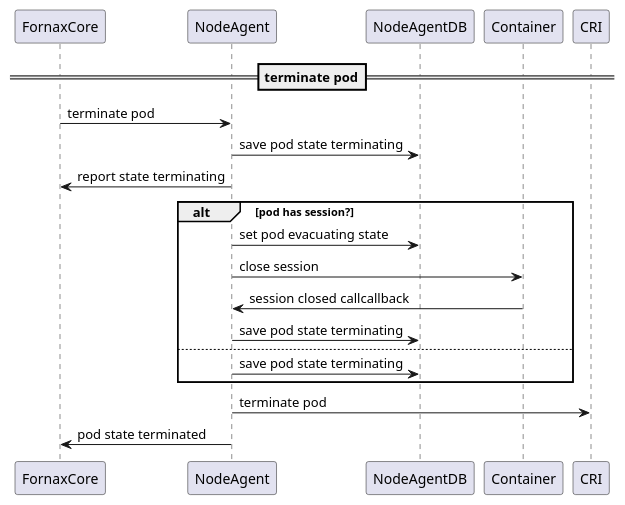
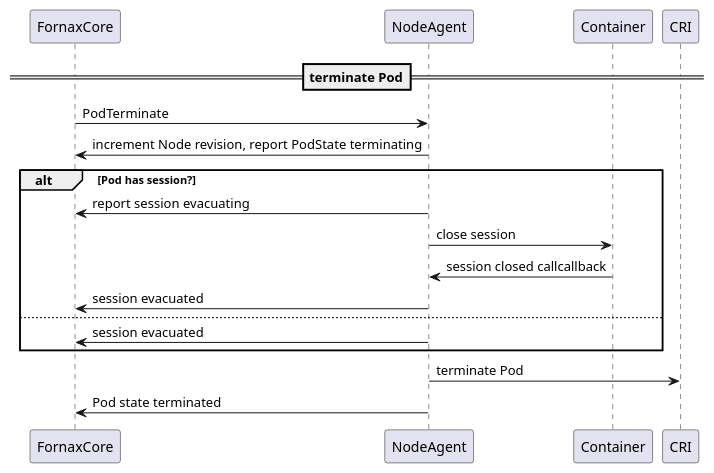
One commit to CentaurusInfra/fornax-serverless changed the sixth of 9 diagrams in doc/design/nodeagent.md. Above: the diagram before and after it, drawn with PlantUML. The commit also changed other lines of this file and 3 other files, not shown here.

Commit message:
add node revision design in node agent doc and remove not accurate information in architecture doc

````diff
--- a/doc/design/nodeagent.md
+++ b/doc/design/nodeagent.md
@@ -207,21 +193,20 @@
 ```puml
 @startuml
-== terminate pod==
-FornaxCore -> NodeAgent: terminate pod
-NodeAgent-> NodeAgentDB: save pod state terminating
-NodeAgent-> FornaxCore: report state terminating
+== terminate Pod==
+FornaxCore -> NodeAgent: PodTerminate
+NodeAgent-> FornaxCore: increment Node revision, report PodState terminating
 
-alt pod has session?
-NodeAgent -> NodeAgentDB: set pod evacuating state
+alt Pod has session?
+NodeAgent -> FornaxCore: report session evacuating
 NodeAgent-> Container: close session
 Container-> NodeAgent: session closed callcallback
-NodeAgent-> NodeAgentDB: save pod state terminating
+NodeAgent-> FornaxCore: session evacuated
 else
-NodeAgent-> NodeAgentDB: save pod state terminating
+NodeAgent-> FornaxCore: session evacuated
 end
 
-NodeAgent -> CRI: terminate pod
-NodeAgent-> FornaxCore: pod state terminated
+NodeAgent -> CRI: terminate Pod
+NodeAgent-> FornaxCore: Pod state terminated
 
 @enduml
 ```
````
